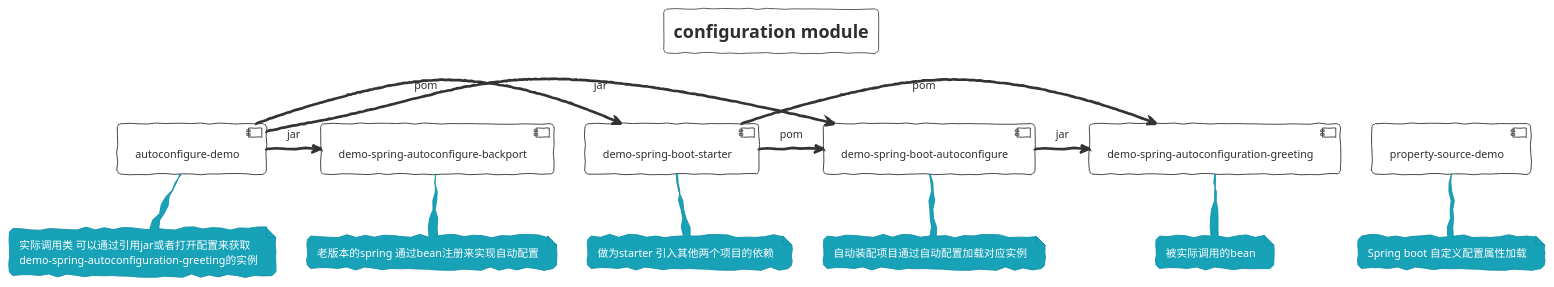
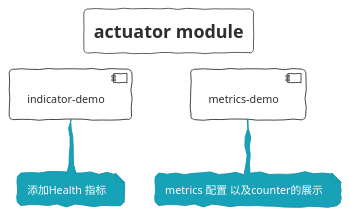
Before and after one commit to FantasybabyChange/springStudyProject: the diagram in spring-boot-actuator/Module.puml, drawn with PlantUML. The commit also changed 65 other files, not shown here.

Commit message:
add metrics demo

```diff
--- a/spring-boot-actuator/Module.puml
+++ b/spring-boot-actuator/Module.puml
@@ -1,38 +1,14 @@
-@startuml CONFIGURATION_MODULE
+@startuml ACTUATOR_MODULE
 !theme sketchy-outline
-title configuration module
-[autoconfigure-demo] as ad
-[demo-spring-autoconfiguration-greeting] as dge
-[demo-spring-boot-autoconfigure] as dsa
-[demo-spring-autoconfigure-backport] as dacb
-[demo-spring-boot-starter] as dsbs
-
-[property-source-demo] as psd
-note bottom of dge
-   被实际调用的bean
-end note
-note bottom of dsa
-   自动装配项目通过自动配置加载对应实例
-end note
-note bottom of ad
-   实际调用类 可以通过引用jar或者打开配置来获取
-   demo-spring-autoconfiguration-greeting的实例
-end note
-note bottom of dacb
-   老版本的spring 通过bean注册来实现自动配置
+title actuator module
+[indicator-demo] as id
+[metrics-demo] as md
+note bottom of id
+    添加Health 指标
 end note
 
-note bottom of dsbs
-做为starter 引入其他两个项目的依赖
+note bottom of md
+  metrics 配置 以及counter的展示
 end note
-dsbs->dge:pom
-dsbs->dsa:pom
-ad->dsbs:pom
-ad ->dsa:jar 
-dsa ->dge:jar 
-ad ->dacb:jar
 
-note bottom of psd
-   Spring boot 自定义配置属性加载
-end note
 @enduml
```
